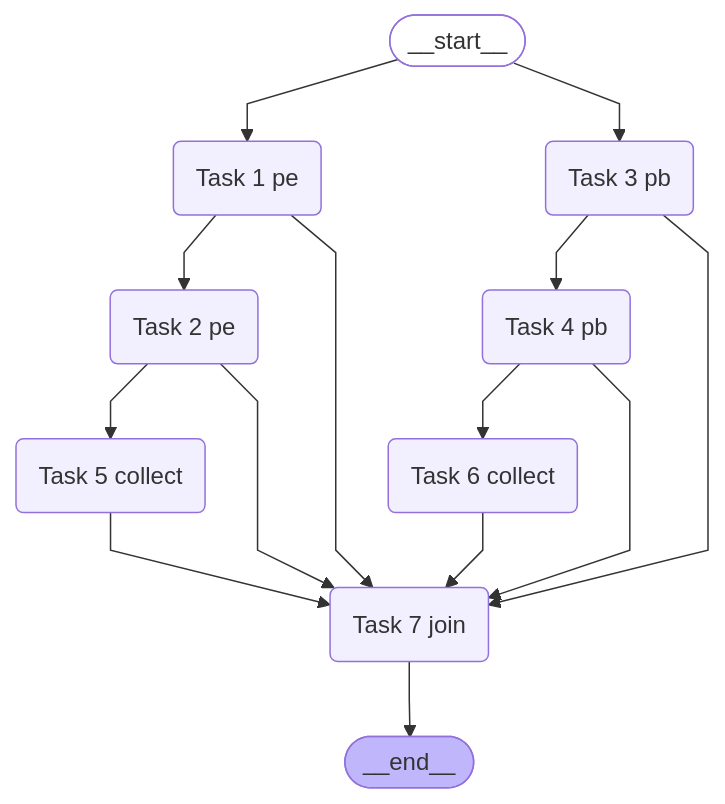
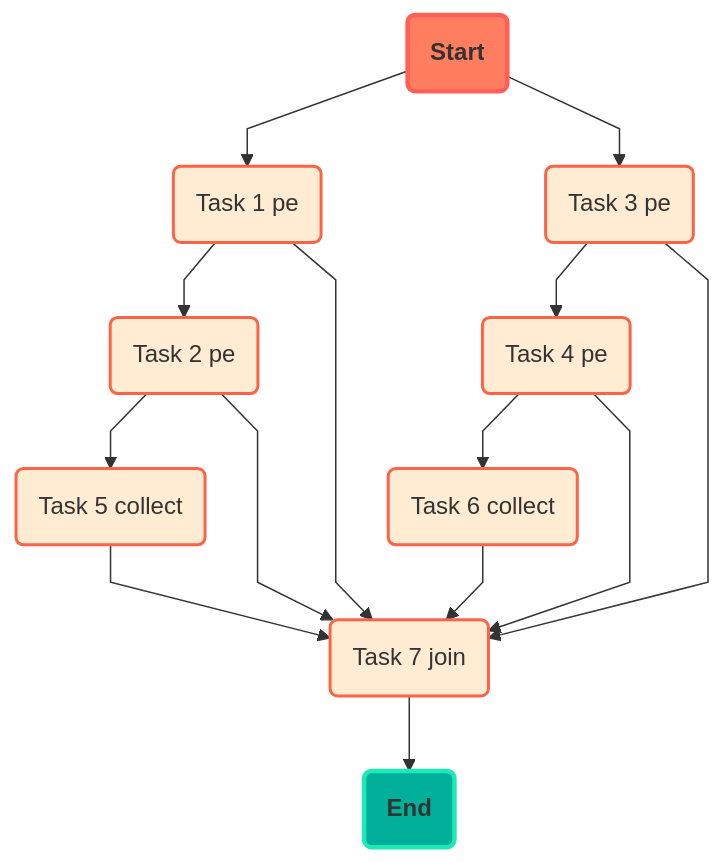
Before and after one commit to crazyyanchao/blog: the third of 3 diagrams in _posts/2024-11-11-LLMCompiler应用案例.md, drawn with Mermaid. The commit also changed other lines of this file, not shown here.

````diff
--- a/_posts/2024-11-11-LLMCompiler应用案例.md
+++ b/_posts/2024-11-11-LLMCompiler应用案例.md
@@ -208,29 +270,32 @@
 ```mermaid
-%%{init: {'flowchart': {'curve': 'linear'}}}%%
+%%{init: {'flowchart': {'curve': 'linear', 'nodeSpacing': 50, 'rankSpacing': 50}}}%%
 graph TD;
-	__start__([<p>__start__</p>]):::first
-	__end__([<p>__end__</p>]):::last
-	1(Task 1 pe)
-	2(Task 2 pe)
-	3(Task 3 pb)
-	4(Task 4 pb)
-	5(Task 5 collect)
-	6(Task 6 collect)
-	7(Task 7 join)
-	1 --> 2;
-	3 --> 4;
-	2 --> 5;
-	4 --> 6;
-	1 --> 7;
-	2 --> 7;
-	3 --> 7;
-	4 --> 7;
-	5 --> 7;
-	6 --> 7;
-	__start__ --> 1;
-	__start__ --> 3;
-	7 --> __end__;
-	classDef default fill:#f2f0ff,line-height:1.2
-	classDef first fill-opacity:0
-	classDef last fill:#bfb6fc
+    __start__(<b>Start</b>):::first
+    __end__(<b>End</b>):::last
+    1(Task 1 pe):::task
+    2(Task 2 pe):::task
+    3(Task 3 pe):::task
+    4(Task 4 pe):::task
+    5(Task 5 collect):::task
+    6(Task 6 collect):::task
+    7(Task 7 join):::task
+
+    1 --> 2;
+    3 --> 4;
+    2 --> 5;
+    4 --> 6;
+    1 --> 7;
+    2 --> 7;
+    3 --> 7;
+    4 --> 7;
+    5 --> 7;
+    6 --> 7;
+    __start__ --> 1;
+    __start__ --> 3;
+    7 --> __end__;
+
+    classDef default fill:#f5f5f5,stroke:#bbbbbb,stroke-width:2px,line-height:1.3, font-size:16px;
+    classDef first fill:#ff7e5f,stroke:#ff5f57,stroke-width:3px,border-radius:20px;
+    classDef last fill:#00b09b,stroke:#1de9b6,stroke-width:3px,border-radius:20px;
+    classDef task fill:#ffecd2,stroke:#ff6347,stroke-width:2px,border-radius:10px;
 ```
````
